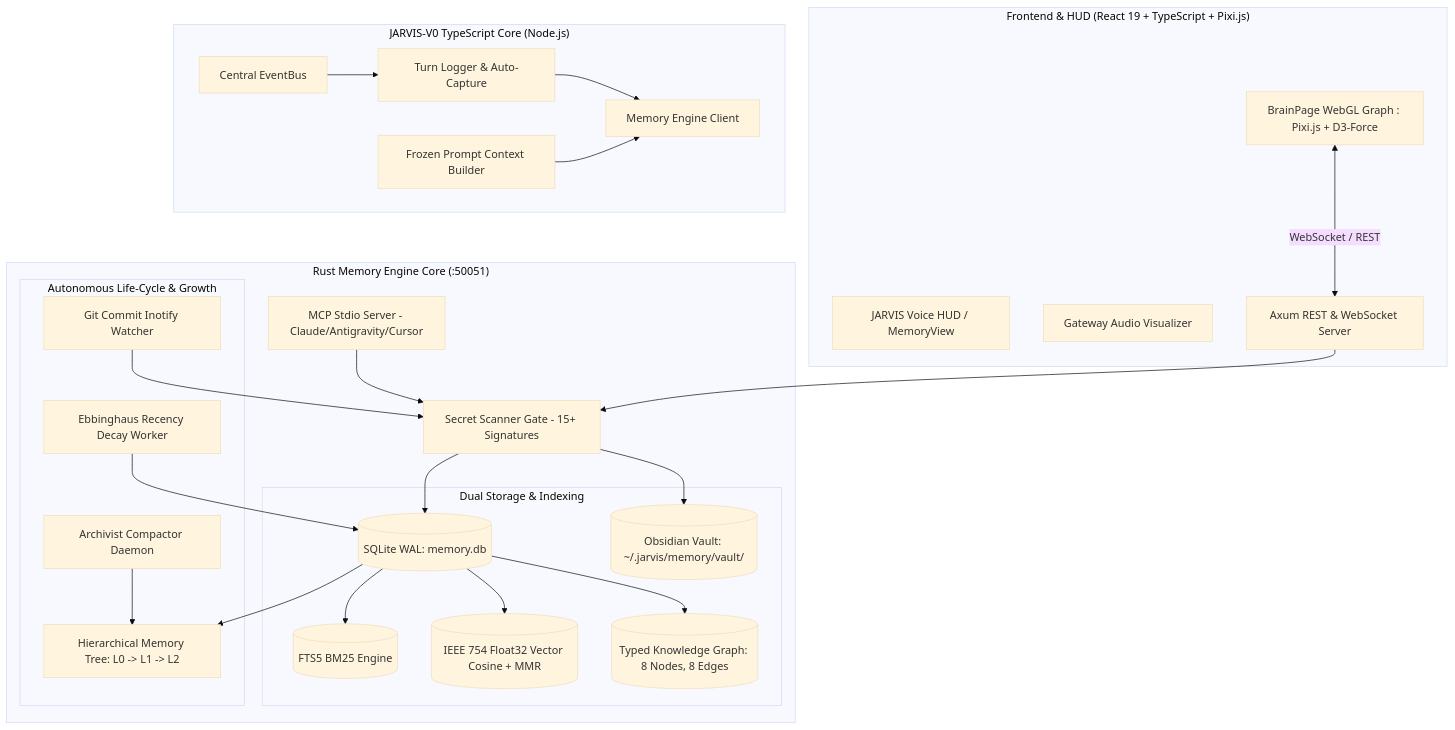
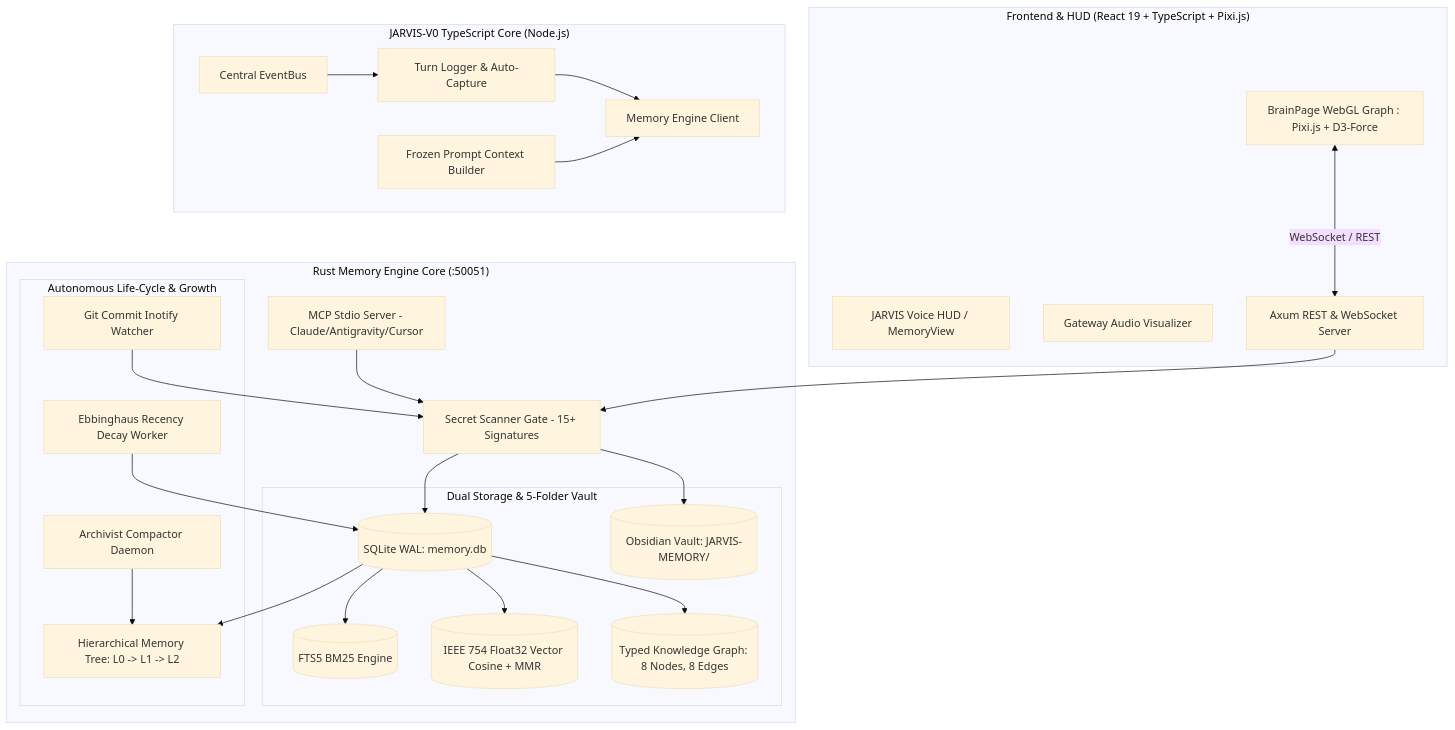
The diagram in implementation_plan.md (Jarvis-os-tech/JARVIS-linux), drawn with Mermaid (base theme) before and after one commit. The commit also changed other lines of this file, not shown here.

Commit message:
docs(memory): sync implementation plan with Phase 4 completion

````diff
--- a/implementation_plan.md
+++ b/implementation_plan.md
@@ -23,53 +28,53 @@
 ```mermaid
 graph TB
     subgraph "Frontend & HUD (React 19 + TypeScript + Pixi.js)"
         UI_HUD[JARVIS Voice HUD / MemoryView]
         UI_BRAIN[BrainPage WebGL Graph : Pixi.js + D3-Force]
         UI_AUDIO[Gateway Audio Visualizer]
         UI_BRAIN <-->|WebSocket / REST| HTTP_SRV
     end
 
     subgraph "JARVIS-V0 TypeScript Core (Node.js)"
         EV_BUS[Central EventBus]
         TS_LOG[Turn Logger & Auto-Capture]
         TS_CTX[Frozen Prompt Context Builder]
         TS_CLIENT[Memory Engine Client]
         EV_BUS --> TS_LOG
         TS_LOG --> TS_CLIENT
         TS_CTX --> TS_CLIENT
     end
 
     subgraph "Rust Memory Engine Core (:50051)"
         HTTP_SRV[Axum REST & WebSocket Server]
         MCP_SRV[MCP Stdio Server - Claude/Antigravity/Cursor]
         SEC_GATE[Secret Scanner Gate - 15+ Signatures]
         
         HTTP_SRV --> SEC_GATE
         MCP_SRV --> SEC_GATE
         
-        subgraph "Dual Storage & Indexing"
+        subgraph "Dual Storage & 5-Folder Vault"
             SQLITE[(SQLite WAL: memory.db)]
-            VAULT[(Obsidian Vault: ~/.jarvis/memory/vault/)]
+            VAULT[(Obsidian Vault: JARVIS-MEMORY/)]
             FTS5[(FTS5 BM25 Engine)]
             VEC[(IEEE 754 Float32 Vector Cosine + MMR)]
             KGRAPH[(Typed Knowledge Graph: 8 Nodes, 8 Edges)]
         end
         
         subgraph "Autonomous Life-Cycle & Growth"
             TREE[Hierarchical Memory Tree: L0 -> L1 -> L2]
             ARCHIVIST[Archivist Compactor Daemon]
             GIT_WATCH[Git Commit Inotify Watcher]
             DECAY[Ebbinghaus Recency Decay Worker]
         end
 
         SEC_GATE --> SQLITE
         SEC_GATE --> VAULT
         SQLITE --> FTS5
         SQLITE --> VEC
         SQLITE --> KGRAPH
         SQLITE --> TREE
         ARCHIVIST --> TREE
         GIT_WATCH --> SEC_GATE
         DECAY --> SQLITE
     end
 ```
````
